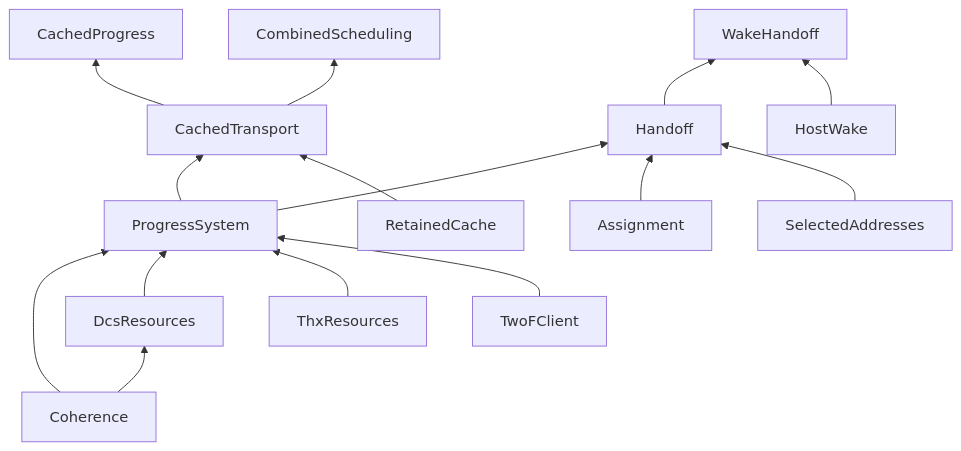
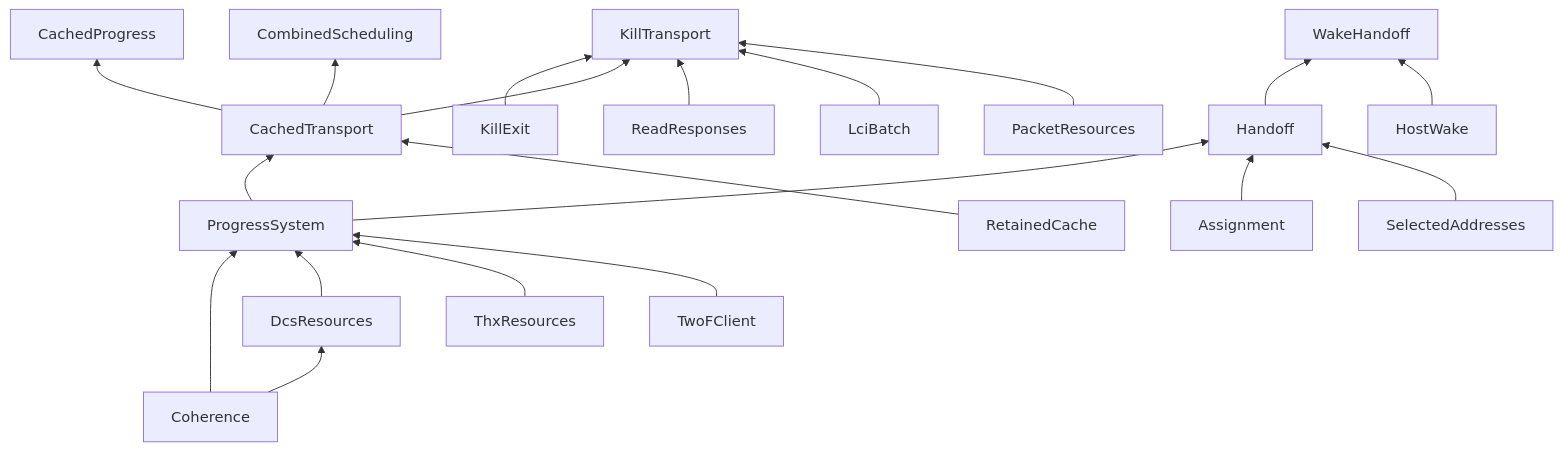
One commit to KireinaHoro/enzian-pio-nic changed the diagram in model/README.md. Above: the diagram before and after it, drawn with Mermaid. The commit also changed other lines of this file and 18 other files, not shown here.

Commit message:
Compose kill completion with transport and packet ownership

````diff
--- a/model/README.md
+++ b/model/README.md
@@ -27,17 +27,22 @@
 ```mermaid
 flowchart BT
   Coherence --> DcsResources
   Coherence --> ProgressSystem
   DcsResources --> ProgressSystem
   ThxResources --> ProgressSystem
   TwoFClient --> ProgressSystem
   ProgressSystem --> CachedTransport
   RetainedCache --> CachedTransport
   CachedTransport --> CachedProgress
   CachedTransport --> CombinedScheduling
   ProgressSystem --> Handoff
   Assignment --> Handoff
   SelectedAddresses --> Handoff
   Handoff --> WakeHandoff
   HostWake --> WakeHandoff
+  KillExit --> KillTransport
+  CachedTransport --> KillTransport
+  ReadResponses --> KillTransport
+  LciBatch --> KillTransport
+  PacketResources --> KillTransport
 ```
````
